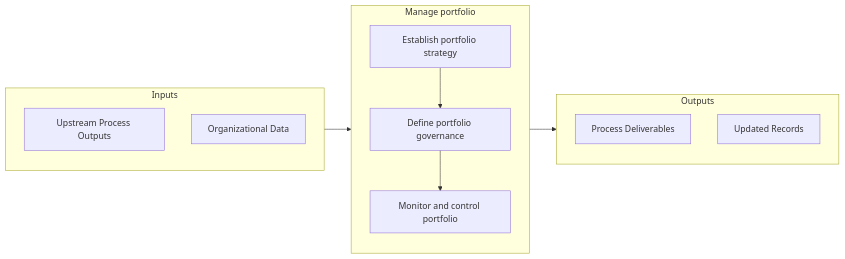
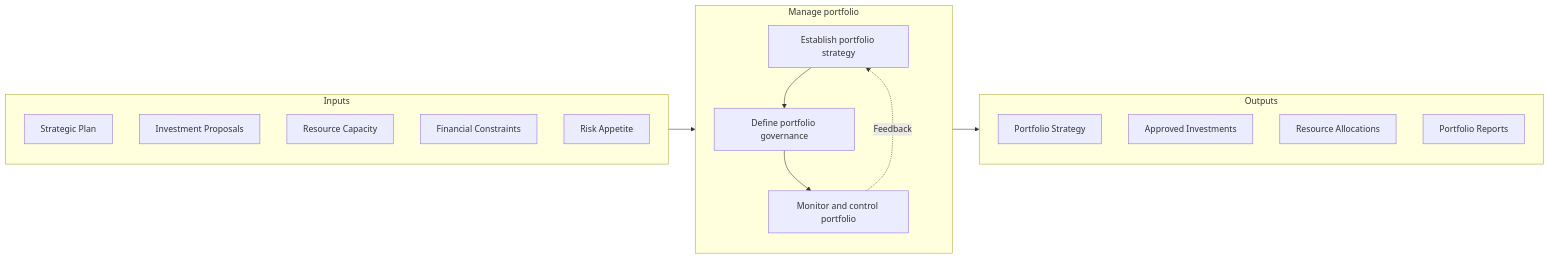
The second of 2 diagrams in processes/13-Capabilities/13.2-ManagePortfolioProgramProject/13.2.1-ManagePortfolio/index.mdx (kziemski/business.org.ai), drawn with Mermaid before and after one commit. The commit also changed other lines of this file and 885 other files, not shown here.

````diff
--- a/processes/13-Capabilities/13.2-ManagePortfolioProgramProject/13.2.1-ManagePortfolio/index.mdx
+++ b/processes/13-Capabilities/13.2-ManagePortfolioProgramProject/13.2.1-ManagePortfolio/index.mdx
@@ -61,22 +63,28 @@
 ```mermaid
 flowchart LR
     subgraph Inputs["Inputs"]
-        I1["Upstream Process Outputs"]
-        I2["Organizational Data"]
+        I1["Strategic Plan"]
+        I2["Investment Proposals"]
+        I3["Resource Capacity"]
+        I4["Financial Constraints"]
+        I5["Risk Appetite"]
     end
 
     subgraph Process["Manage portfolio"]
         S1["Establish portfolio strategy"]
         S2["Define portfolio governance"]
         S3["Monitor and control portfolio"]
     end
 
     subgraph Outputs["Outputs"]
-        O1["Process Deliverables"]
-        O2["Updated Records"]
+        O1["Portfolio Strategy"]
+        O2["Approved Investments"]
+        O3["Resource Allocations"]
+        O4["Portfolio Reports"]
     end
 
     Inputs --> Process --> Outputs
     S1 --> S2
     S2 --> S3
+    S3 -.->|Feedback| S1
 ```
````
